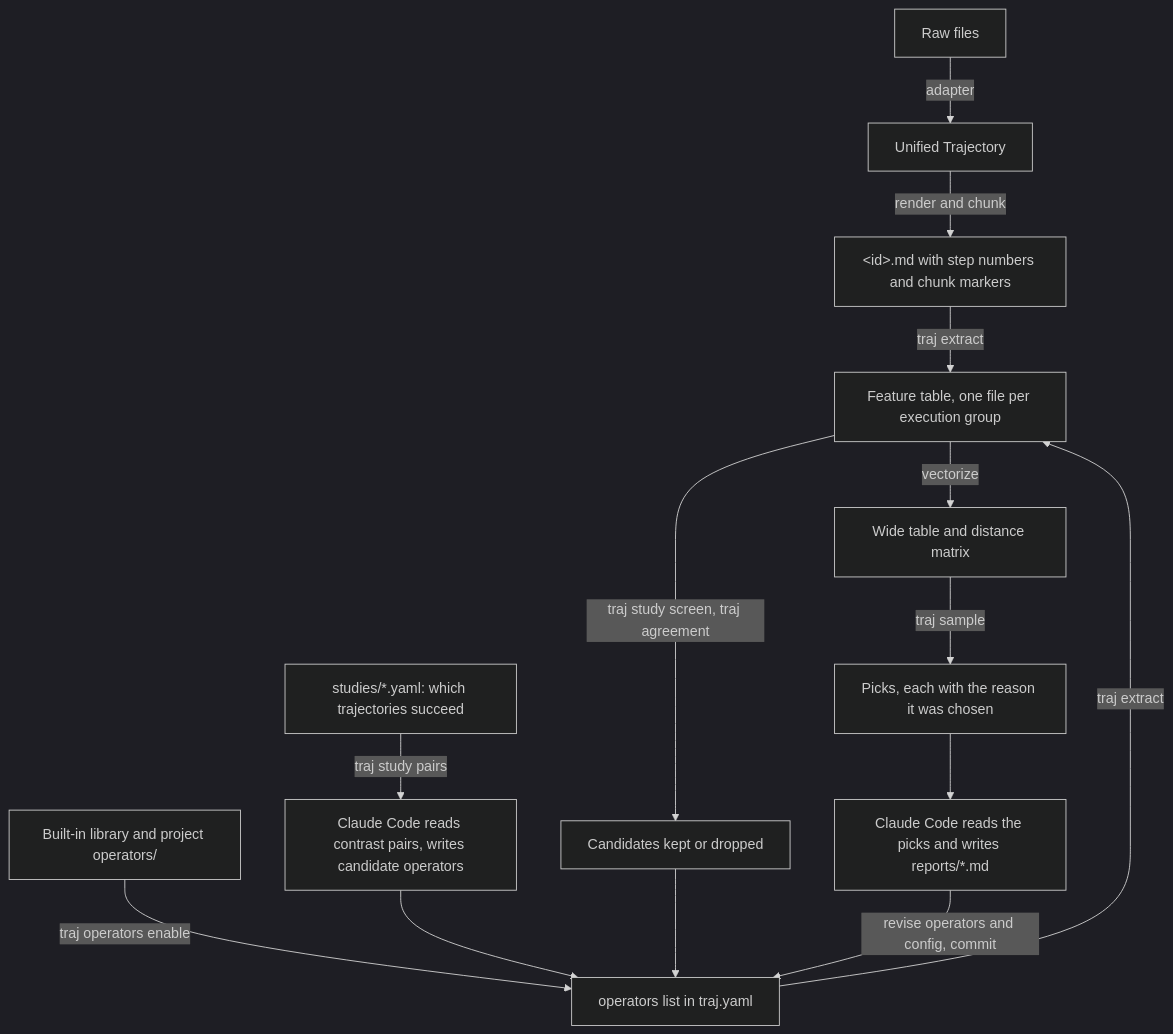
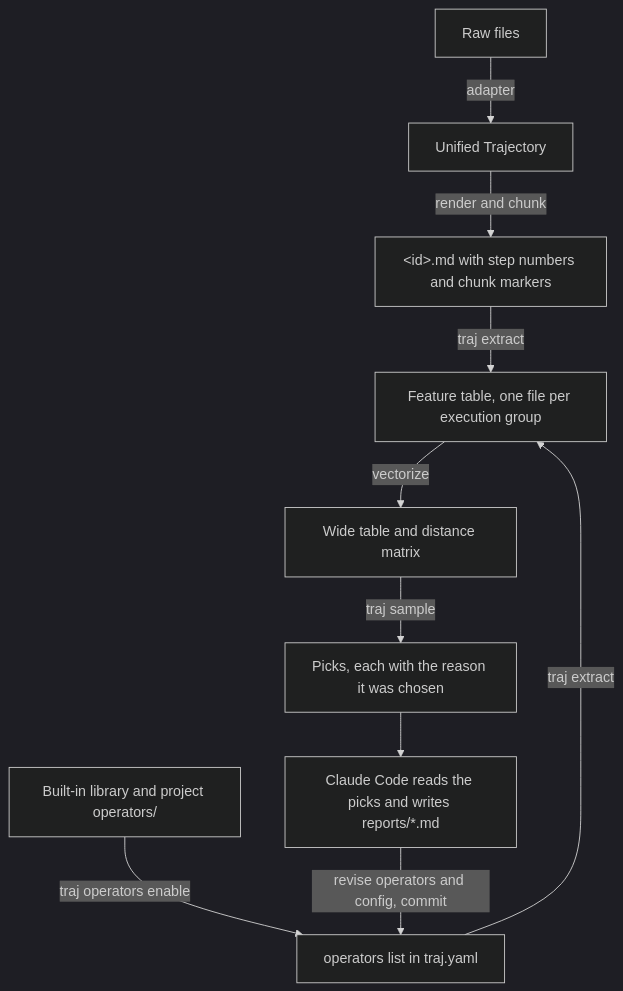
One commit to Lincyaw/traj-analyzer changed the diagram in docs/design.md. Above: the diagram before and after it, drawn with Mermaid (dark theme). The commit also changed other lines of this file and 16 other files, not shown here.

First line of the commit message:
Keep the skills in .claude and reduce the CLI to the main flow

````diff
--- a/docs/design.md
+++ b/docs/design.md
@@ -13,16 +13,12 @@
 ```mermaid
 flowchart TD
     raw[Raw files] -->|adapter| unified[Unified Trajectory]
     unified -->|render and chunk| md["&lt;id&gt;.md with step numbers and chunk markers"]
     library[Built-in library and project operators/] -->|traj operators enable| config["operators list in traj.yaml"]
-    study["studies/*.yaml: which trajectories succeed"] -->|traj study pairs| propose[Claude Code reads contrast pairs, writes candidate operators]
-    propose --> config
-    table -->|traj study screen, traj agreement| verify[Candidates kept or dropped]
-    verify --> config
     config -->|traj extract| table[Feature table, one file per execution group]
     md -->|traj extract| table
     table -->|vectorize| frame[Wide table and distance matrix]
     frame -->|traj sample| picks[Picks, each with the reason it was chosen]
     picks --> report["Claude Code reads the picks and writes reports/*.md"]
     report -->|revise operators and config, commit| config
 ```
````
